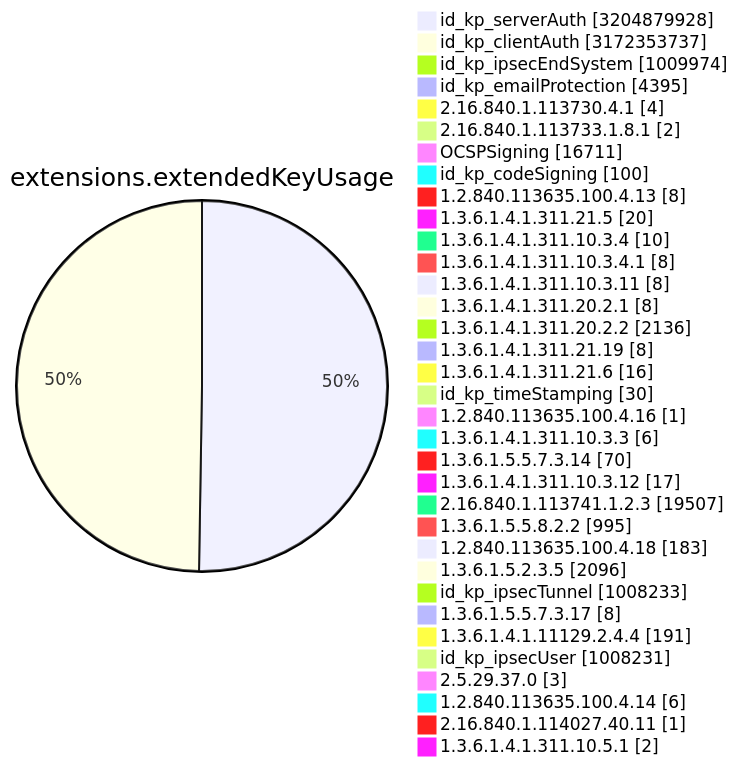
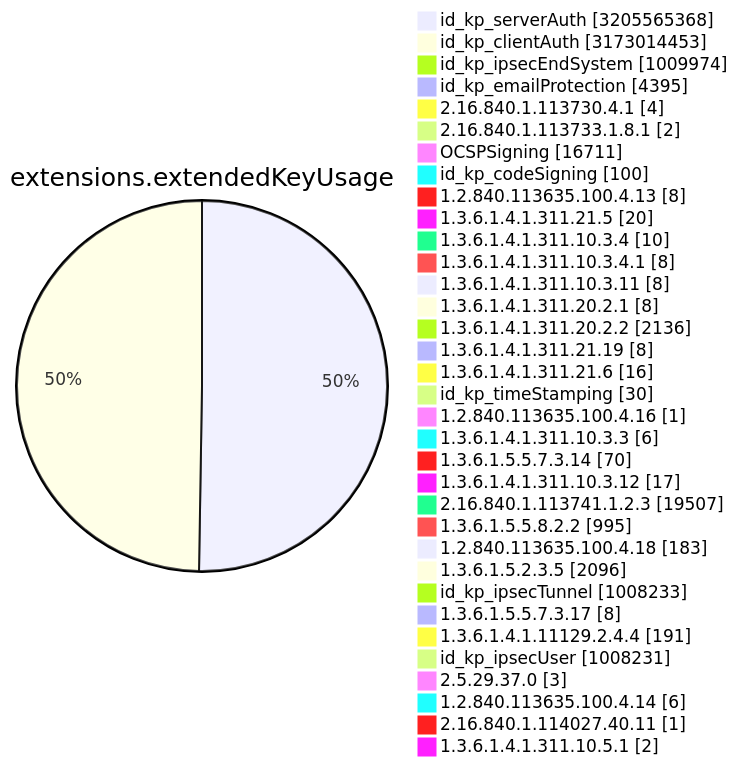
Before and after one commit to christiankrug/ctmonitor_visualization: diagram 11 of 15 in TOTAL/README.md, drawn with Mermaid. The commit also changed other lines of this file, not shown here.

````diff
--- a/TOTAL/README.md
+++ b/TOTAL/README.md
@@ -4119,38 +4119,38 @@
 ```mermaid
 pie showData
 title extensions.extendedKeyUsage
-"id_kp_serverAuth" :3204879928
-"id_kp_clientAuth" :3172353737
+"id_kp_serverAuth" :3205565368
+"id_kp_clientAuth" :3173014453
 "id_kp_ipsecEndSystem" :1009974
 "id_kp_emailProtection" :4395
 "2.16.840.1.113730.4.1" :4
 "2.16.840.1.113733.1.8.1" :2
 "OCSPSigning" :16711
 "id_kp_codeSigning" :100
 "1.2.840.113635.100.4.13" :8
 "1.3.6.1.4.1.311.21.5" :20
 "1.3.6.1.4.1.311.10.3.4" :10
 "1.3.6.1.4.1.311.10.3.4.1" :8
 "1.3.6.1.4.1.311.10.3.11" :8
 "1.3.6.1.4.1.311.20.2.1" :8
 "1.3.6.1.4.1.311.20.2.2" :2136
 "1.3.6.1.4.1.311.21.19" :8
 "1.3.6.1.4.1.311.21.6" :16
 "id_kp_timeStamping" :30
 "1.2.840.113635.100.4.16" :1
 "1.3.6.1.4.1.311.10.3.3" :6
 "1.3.6.1.5.5.7.3.14" :70
 "1.3.6.1.4.1.311.10.3.12" :17
 "2.16.840.1.113741.1.2.3" :19507
 "1.3.6.1.5.5.8.2.2" :995
 "1.2.840.113635.100.4.18" :183
 "1.3.6.1.5.2.3.5" :2096
 "id_kp_ipsecTunnel" :1008233
 "1.3.6.1.5.5.7.3.17" :8
 "1.3.6.1.4.1.11129.2.4.4" :191
 "id_kp_ipsecUser" :1008231
 "2.5.29.37.0" :3
 "1.2.840.113635.100.4.14" :6
 "2.16.840.1.114027.40.11" :1
 "1.3.6.1.4.1.311.10.5.1" :2
 ```
````
